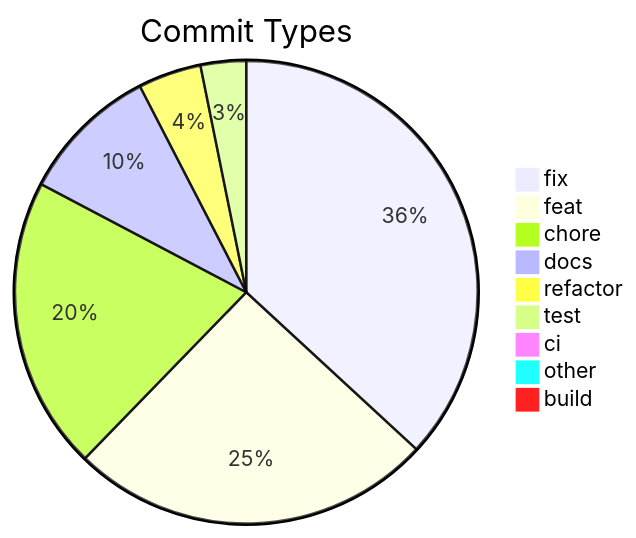
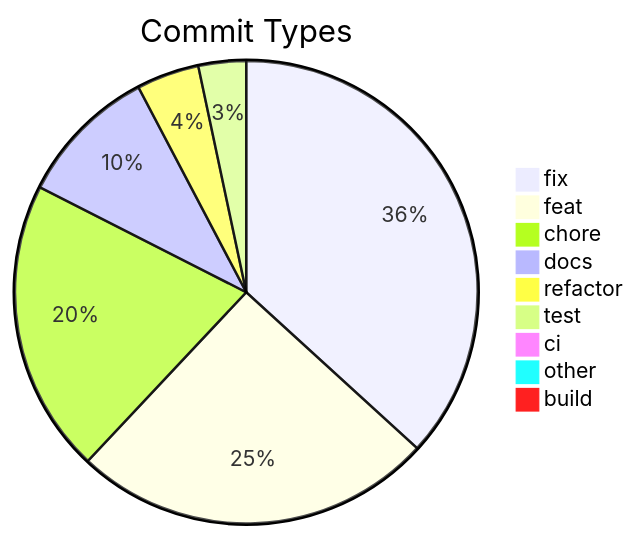
Before and after one commit to svenroth-ai/shipwright-webui: the diagram in .shipwright/compliance/change-history.md, drawn with Mermaid. The commit also changed other lines of this file and 16 other files, not shown here.

````diff
--- a/.shipwright/compliance/change-history.md
+++ b/.shipwright/compliance/change-history.md
@@ -8,12 +8,12 @@
 ```mermaid
 pie title Commit Types
-    "fix" : 209
+    "fix" : 210
     "feat" : 144
-    "chore" : 116
-    "docs" : 55
+    "chore" : 117
+    "docs" : 56
     "refactor" : 25
-    "test" : 18
+    "test" : 19
     "ci" : 5
     "other" : 4
     "build" : 1
 ```
````
